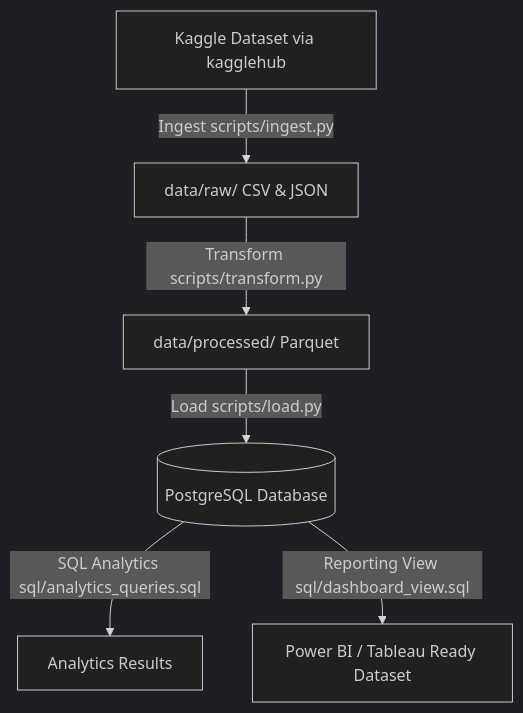
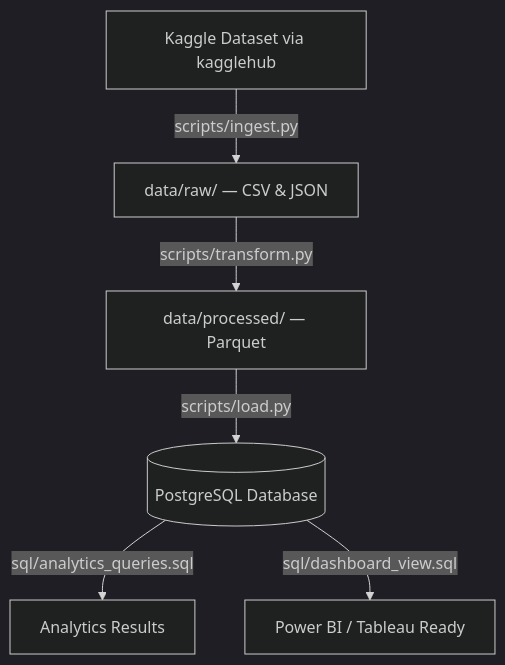
The diagram in README.md (syedwaseem106/YouTube-Trending-Analytics-ETL-Pipeline), drawn with Mermaid (dark theme) before and after one commit. The commit also changed other lines of this file, not shown here.

````diff
--- a/README.md
+++ b/README.md
@@ -11,8 +33,8 @@
 ```mermaid
 graph TD
-    A[Kaggle Dataset via kagglehub] -->|Ingest scripts/ingest.py| B[data/raw/ CSV & JSON]
-    B -->|Transform scripts/transform.py| C[data/processed/ Parquet]
-    C -->|Load scripts/load.py| D[(PostgreSQL Database)]
-    D -->|SQL Analytics sql/analytics_queries.sql| E[Analytics Results]
-    D -->|Reporting View sql/dashboard_view.sql| F[Power BI / Tableau Ready Dataset]
+    A[Kaggle Dataset via kagglehub] -->|scripts/ingest.py| B[data/raw/ — CSV & JSON]
+    B -->|scripts/transform.py| C[data/processed/ — Parquet]
+    C -->|scripts/load.py| D[(PostgreSQL Database)]
+    D -->|sql/analytics_queries.sql| E[Analytics Results]
+    D -->|sql/dashboard_view.sql| F[Power BI / Tableau Ready]
 ```
````
